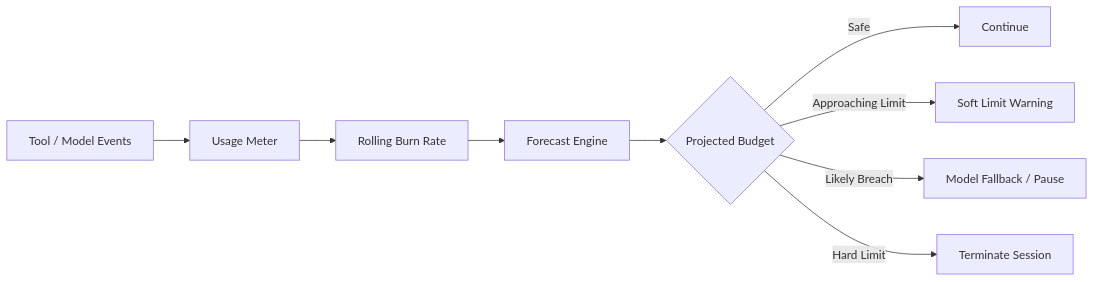
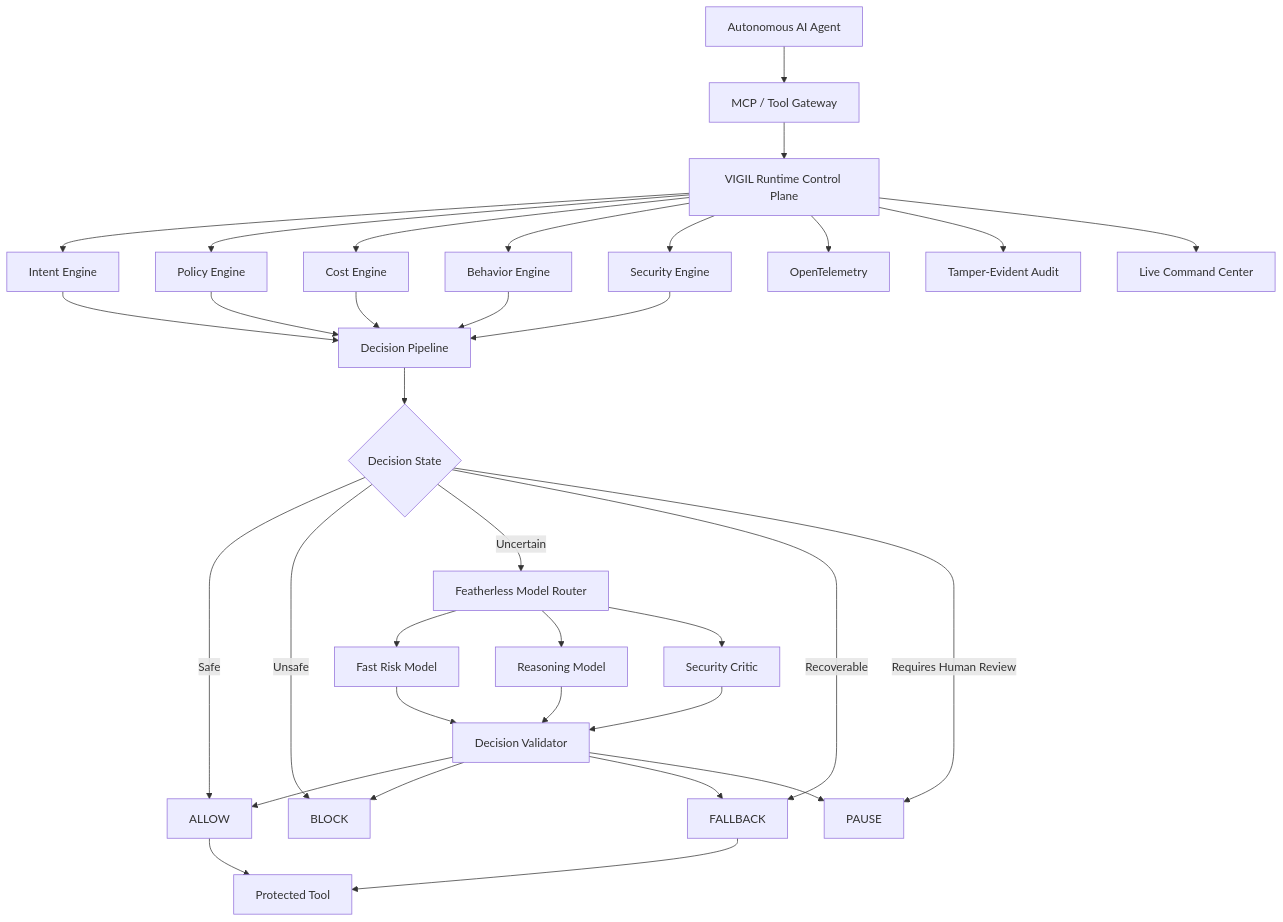
Before and after one commit to LSUDOKO/Vigil: the second of 6 diagrams in vigil-sdk/README.md, drawn with Mermaid. The commit also changed other lines of this file and 1 other file, not shown here.

````diff
--- a/vigil-sdk/README.md
+++ b/vigil-sdk/README.md
@@ -532,14 +263,49 @@
 ```mermaid
-flowchart LR
+flowchart TB
 
-    A[Tool / Model Events] --> B[Usage Meter]
-    B --> C[Rolling Burn Rate]
-    C --> D[Forecast Engine]
+    A[Autonomous AI Agent]
 
-    D --> E{Projected Budget}
+    A --> B[MCP / Tool Gateway]
 
-    E -->|Safe| F[Continue]
-    E -->|Approaching Limit| G[Soft Limit Warning]
-    E -->|Likely Breach| H[Model Fallback / Pause]
-    E -->|Hard Limit| I[Terminate Session]
+    B --> C[VIGIL Runtime Control Plane]
+
+    C --> D[Intent Engine]
+    C --> E[Policy Engine]
+    C --> F[Cost Engine]
+    C --> G[Behavior Engine]
+    C --> H[Security Engine]
+
+    D --> I[Decision Pipeline]
+    E --> I
+    F --> I
+    G --> I
+    H --> I
+
+    I --> J{Decision State}
+
+    J -->|Safe| K[ALLOW]
+    J -->|Unsafe| L[BLOCK]
+    J -->|Uncertain| M[Featherless Model Router]
+    J -->|Recoverable| N[FALLBACK]
+    J -->|Requires Human Review| O[PAUSE]
+
+    M --> P[Fast Risk Model]
+    M --> Q[Reasoning Model]
+    M --> R[Security Critic]
+
+    P --> S[Decision Validator]
+    Q --> S
+    R --> S
+
+    S --> K
+    S --> L
+    S --> N
+    S --> O
+
+    C --> T[OpenTelemetry]
+    C --> U[Tamper-Evident Audit]
+    C --> V[Live Command Center]
+
+    K --> W[Protected Tool]
+    N --> W
 ```
````
